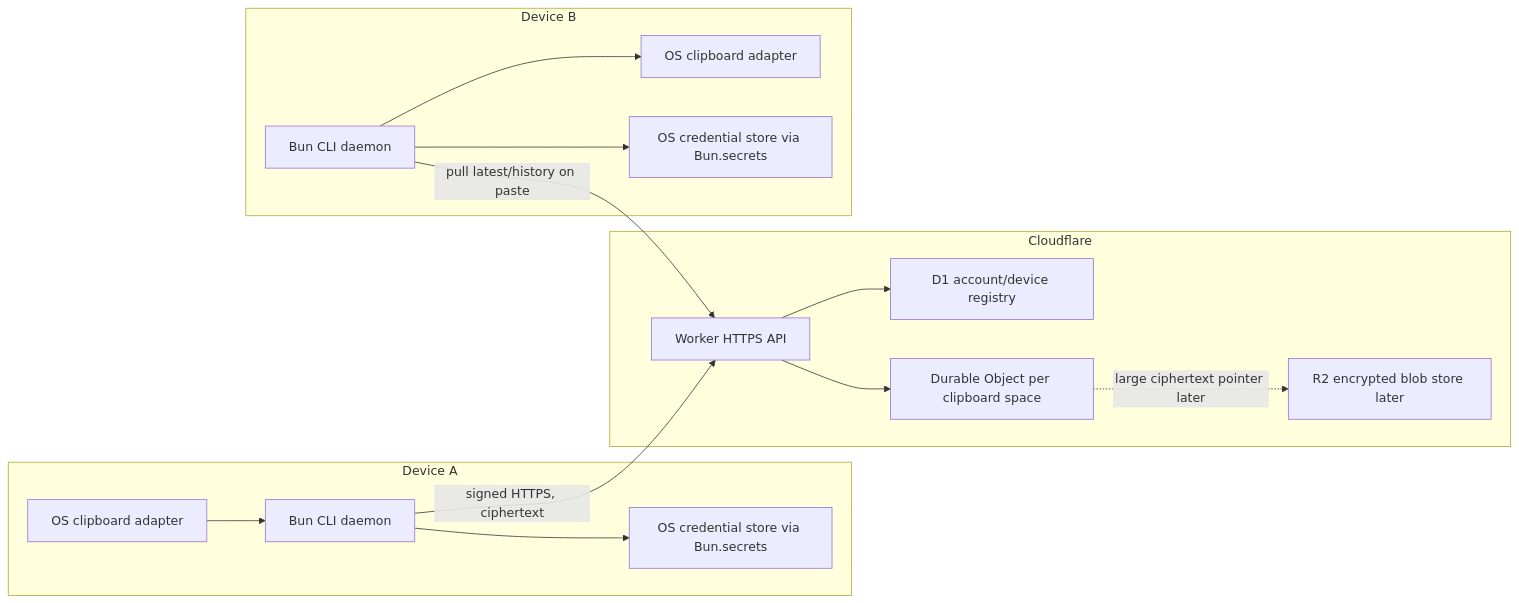
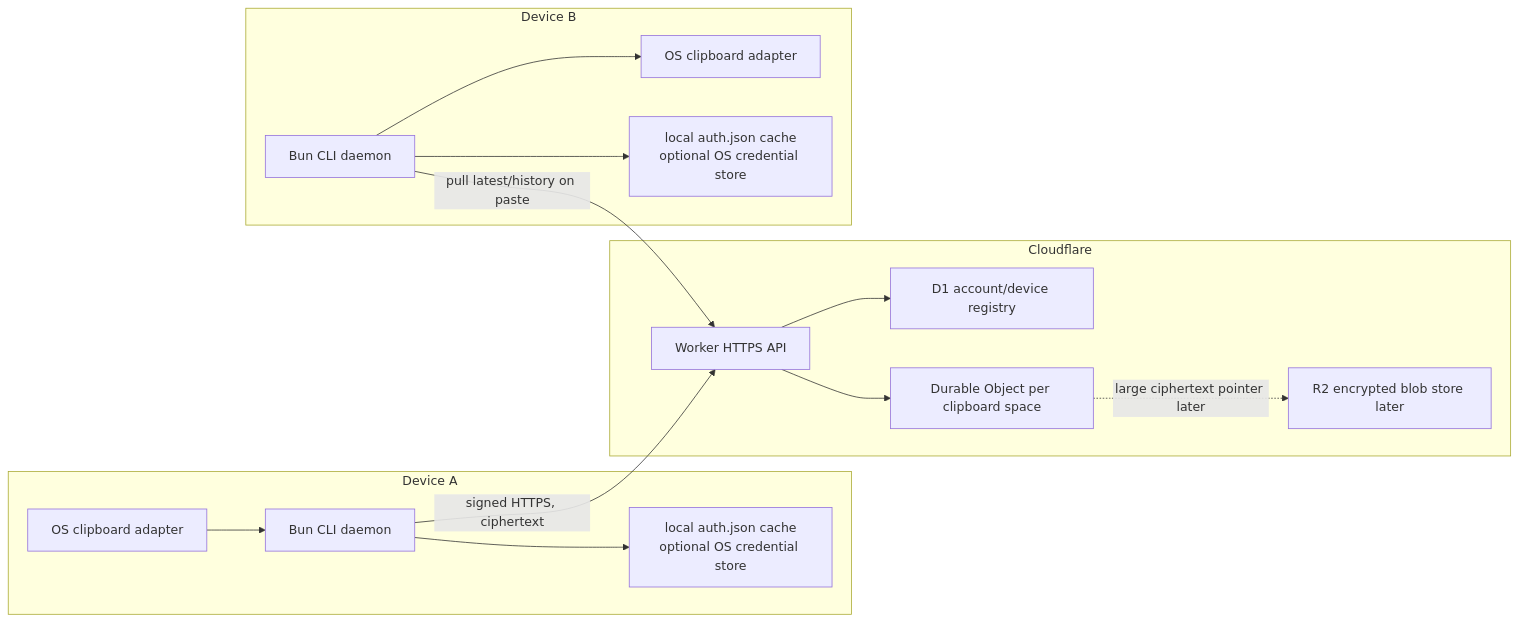
The diagram in GOAL.md (thehumanworks/pasta), drawn with Mermaid before and after one commit. The commit also changed other lines of this file and 20 other files, not shown here.

Commit message:
cache auth credentials by default

````diff
--- a/GOAL.md
+++ b/GOAL.md
@@ -26,29 +26,29 @@
 ```mermaid
 flowchart LR
   subgraph "Device A"
     AClip["OS clipboard adapter"]
     ADaemon["Bun CLI daemon"]
-    ASecrets["OS credential store via Bun.secrets"]
+    ASecrets["local auth.json cache\noptional OS credential store"]
   end
   subgraph "Cloudflare"
     Worker["Worker HTTPS API"]
     D1["D1 account/device registry"]
     DO["Durable Object per clipboard space"]
     R2["R2 encrypted blob store later"]
   end
   subgraph "Device B"
     BClip["OS clipboard adapter"]
     BDaemon["Bun CLI daemon"]
-    BSecrets["OS credential store via Bun.secrets"]
+    BSecrets["local auth.json cache\noptional OS credential store"]
   end
 
   AClip --> ADaemon
   ADaemon --> ASecrets
   ADaemon -- "signed HTTPS, ciphertext" --> Worker
   Worker --> D1
   Worker --> DO
   DO -. "large ciphertext pointer later" .-> R2
   BDaemon -- "pull latest/history on paste" --> Worker
   BDaemon --> BSecrets
   BDaemon --> BClip
 ```
````
